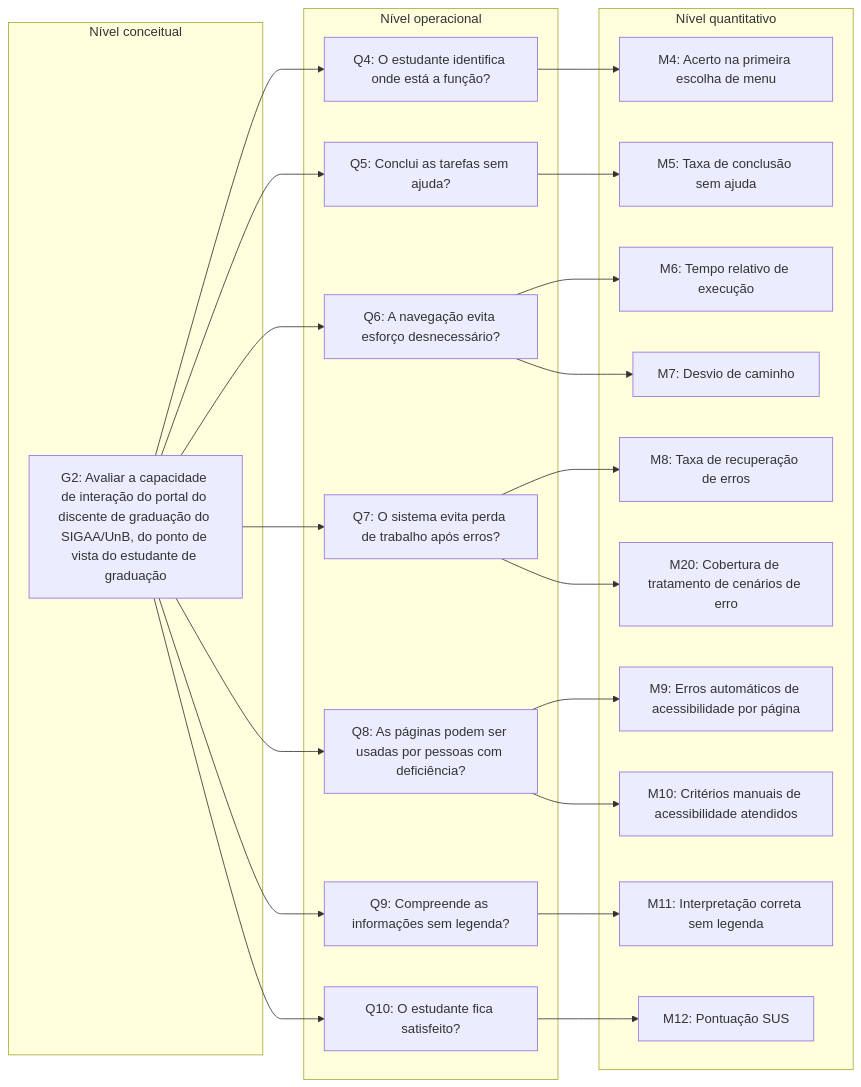
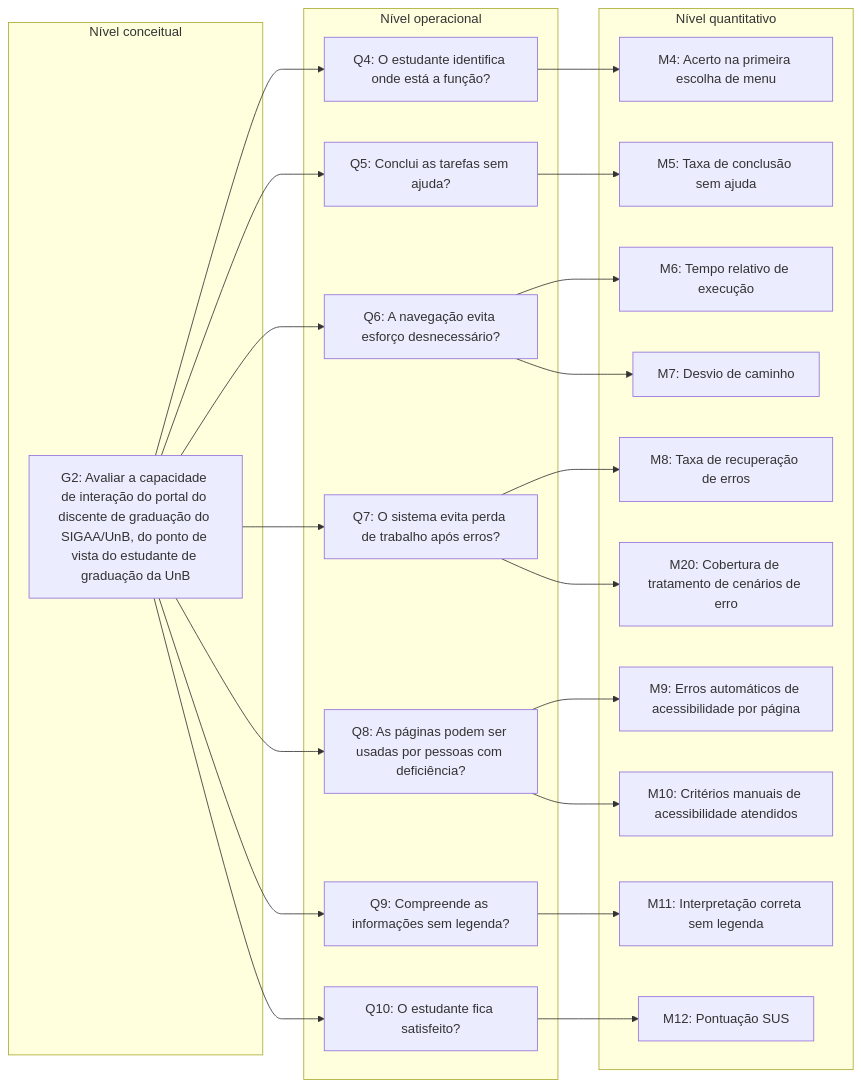
The third of 4 diagrams in docs/fase-2/grafico-gqm.md (FCTE-Qualidade-de-Software-1/2026-2_T02_ADELE_GOLDSTINE), drawn with Mermaid before and after one commit. The commit also changed other lines of this file and 2 other files, not shown here.

First line of the commit message:
[D09] Unifica o ponto de vista dos objetivos

````diff
--- a/docs/fase-2/grafico-gqm.md
+++ b/docs/fase-2/grafico-gqm.md
@@ -94,35 +94,35 @@
 ```mermaid
 flowchart LR
     subgraph C["Nível conceitual"]
-        G2["G2: Avaliar a capacidade de interação do portal do discente de graduação do SIGAA/UnB, do ponto de vista do estudante de graduação"]
+        G2["G2: Avaliar a capacidade de interação do portal do discente de graduação do SIGAA/UnB, do ponto de vista do estudante de graduação da UnB"]
     end
     subgraph O["Nível operacional"]
         Q4["Q4: O estudante identifica onde está a função?"]
         Q5["Q5: Conclui as tarefas sem ajuda?"]
         Q6["Q6: A navegação evita esforço desnecessário?"]
         Q7["Q7: O sistema evita perda de trabalho após erros?"]
         Q8["Q8: As páginas podem ser usadas por pessoas com deficiência?"]
         Q9["Q9: Compreende as informações sem legenda?"]
         Q10["Q10: O estudante fica satisfeito?"]
     end
     subgraph Qt["Nível quantitativo"]
         M4["M4: Acerto na primeira escolha de menu"]
         M5["M5: Taxa de conclusão sem ajuda"]
         M6["M6: Tempo relativo de execução"]
         M7["M7: Desvio de caminho"]
         M8["M8: Taxa de recuperação de erros"]
         M9["M9: Erros automáticos de acessibilidade por página"]
         M10["M10: Critérios manuais de acessibilidade atendidos"]
         M11["M11: Interpretação correta sem legenda"]
         M12["M12: Pontuação SUS"]
         M20["M20: Cobertura de tratamento de cenários de erro"]
     end
     G2 --> Q4 & Q5 & Q6 & Q7 & Q8 & Q9 & Q10
     Q4 --> M4
     Q5 --> M5
     Q6 --> M6 & M7
     Q7 --> M8 & M20
     Q8 --> M9 & M10
     Q9 --> M11
     Q10 --> M12
 ```
````
